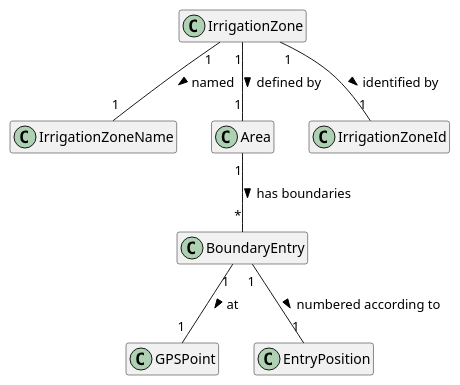
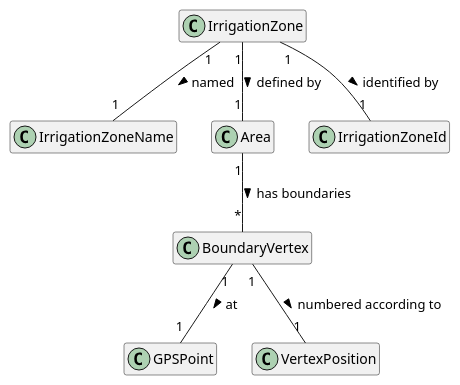
Before and after one commit to FilipeMCruz/dissertation: the diagram in assets/diagrams/design/domain/smart-irrigation-model-2.pu, drawn with PlantUML. The commit also changed 296 other files, not shown here.

```diff
--- a/assets/diagrams/design/domain/smart-irrigation-model-2.pu
+++ b/assets/diagrams/design/domain/smart-irrigation-model-2.pu
@@ -1,27 +1,27 @@
 @startuml smart-irrigation-model-2
 
 hide empty members
 
 class IrrigationZone
 
 class IrrigationZoneName
 
 class Area
 
 class IrrigationZoneId
 
-class BoundaryEntry
+class BoundaryVertex
 
 class GPSPoint
 
-class EntryPosition
+class VertexPosition
 
-Area "1" -- "*" BoundaryEntry: has boundaries >
+Area "1" -- "*" BoundaryVertex: has boundaries >
 IrrigationZone "1" -- "1" Area: defined by >
 IrrigationZone "1" -- "1" IrrigationZoneName: named >
 IrrigationZone "1" -- "1" IrrigationZoneId: identified by >
 
-BoundaryEntry "1" -- "1" GPSPoint : at >
-BoundaryEntry "1" -- "1" EntryPosition : numbered according to >
+BoundaryVertex "1" -- "1" GPSPoint : at >
+BoundaryVertex "1" -- "1" VertexPosition : numbered according to >
 
 @enduml
```
